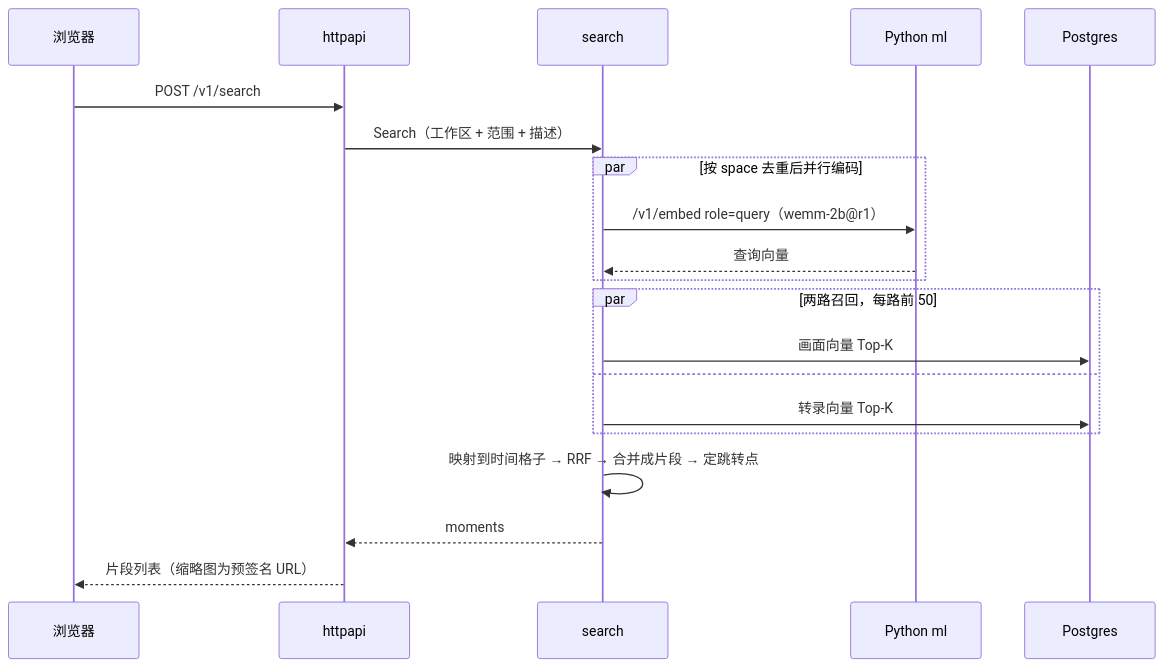
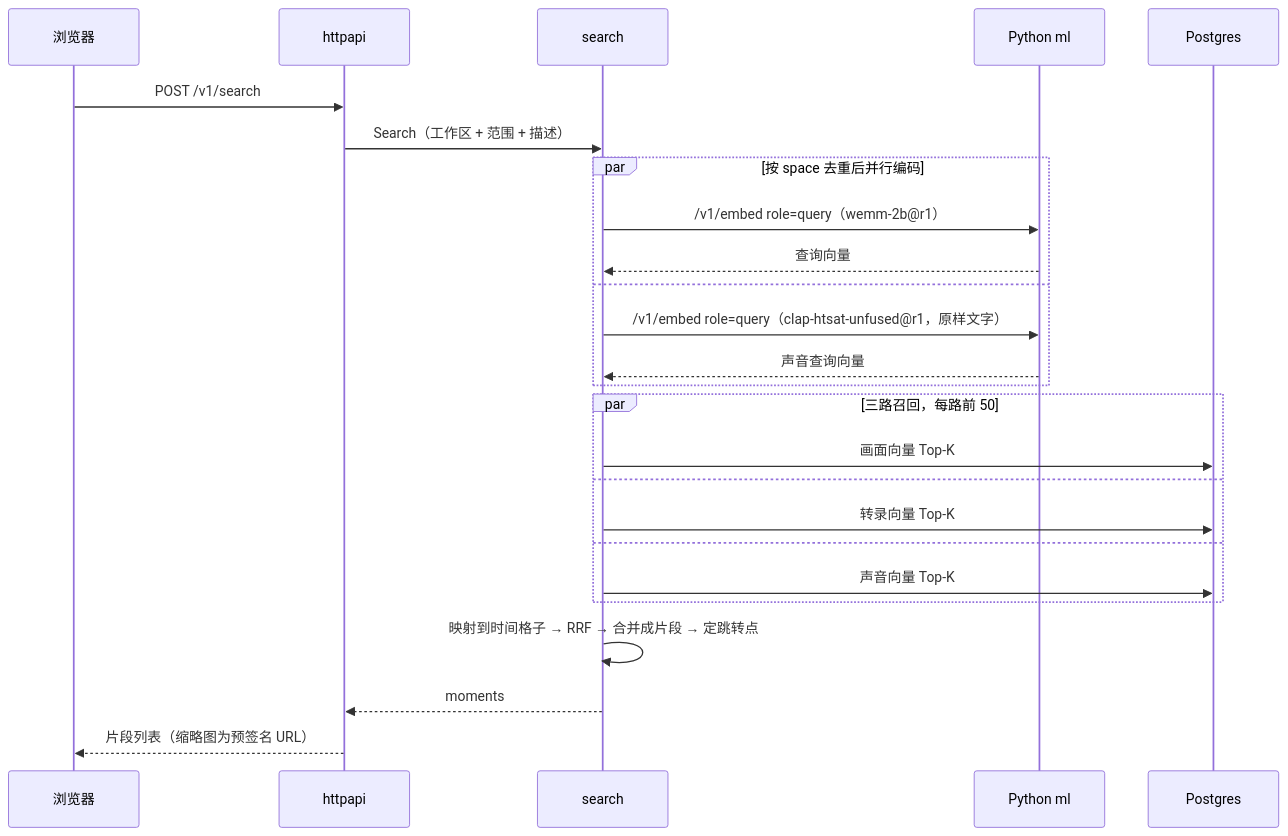
One commit to realOzine/videohelper changed diagram 11 of 17 in docs/design.md. Above: the diagram before and after it, drawn with Mermaid. The commit also changed other lines of this file and 4 other files, not shown here.

````diff
--- a/docs/design.md
+++ b/docs/design.md
@@ -489,23 +491,28 @@
 ```mermaid
 sequenceDiagram
   participant B as 浏览器
   participant A as httpapi
   participant S as search
   participant P as Python ml
   participant G as Postgres
 
   B->>A: POST /v1/search
   A->>S: Search（工作区 + 范围 + 描述）
   par 按 space 去重后并行编码
     S->>P: /v1/embed role=query（wemm-2b@r1）
     P-->>S: 查询向量
+  and
+    S->>P: /v1/embed role=query（clap-htsat-unfused@r1，原样文字）
+    P-->>S: 声音查询向量
   end
-  par 两路召回，每路前 50
+  par 三路召回，每路前 50
     S->>G: 画面向量 Top-K
   and
     S->>G: 转录向量 Top-K
+  and
+    S->>G: 声音向量 Top-K
   end
   S->>S: 映射到时间格子 → RRF → 合并成片段 → 定跳转点
   S-->>A: moments
   A-->>B: 片段列表（缩略图为预签名 URL）
 ```
````
